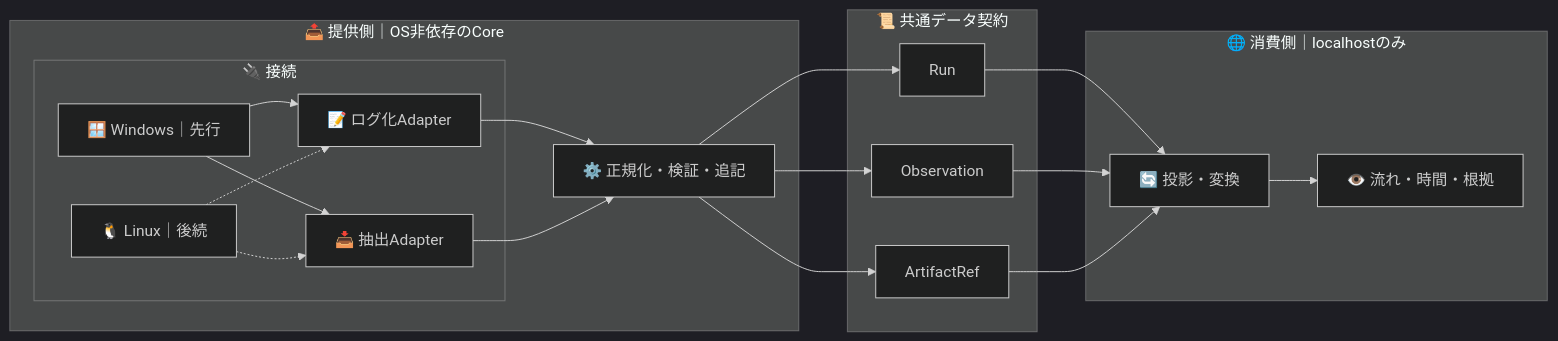
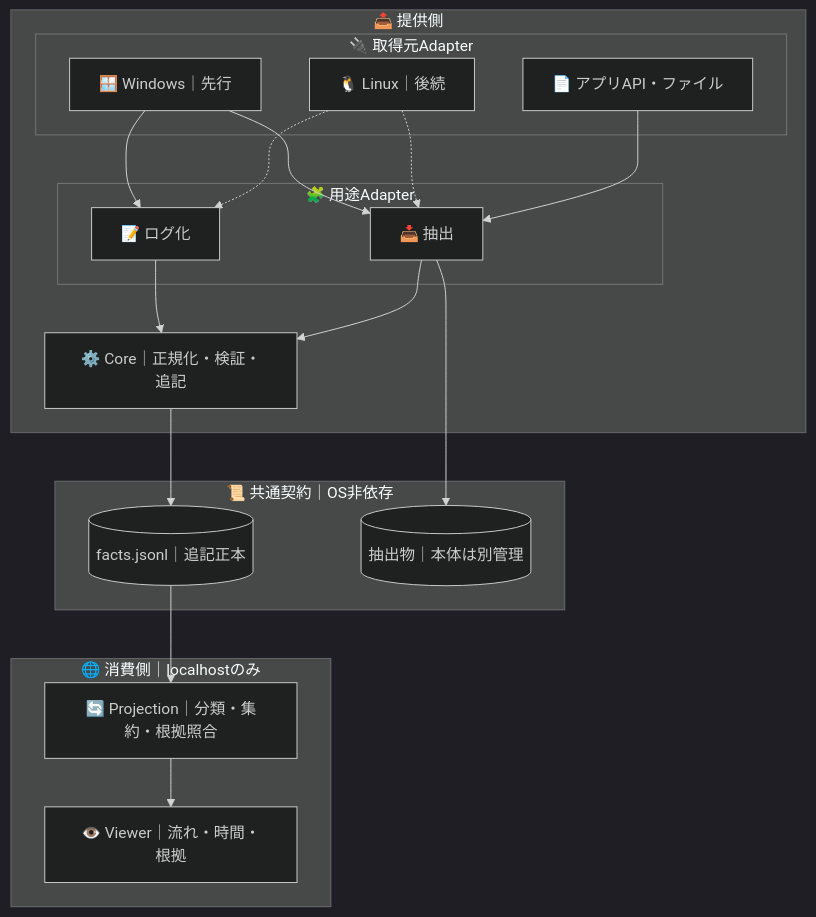
One commit to roccho-dev/visions changed the diagram in README.md. Above: the diagram before and after it, drawn with Mermaid (dark theme). The commit also changed other lines of this file, not shown here.

Commit message:
docs: minimize OS-independent facts and localhost projection

````diff
--- a/README.md
+++ b/README.md
@@ -15,27 +15,31 @@
 ```mermaid
-flowchart LR
-  subgraph PROVIDE["📤 提供側｜OS非依存のCore"]
-    subgraph PORT["🔌 接続"]
+flowchart TB
+  subgraph PROVIDER["📤 提供側"]
+    subgraph SOURCE["🔌 取得元Adapter"]
       WIN["🪟 Windows｜先行"]
       LIN["🐧 Linux｜後続"]
-      LOG["📝 ログ化Adapter"]
-      EXT["📥 抽出Adapter"]
+      FILE["📄 アプリAPI・ファイル"]
     end
-    CORE["⚙️ 正規化・検証・追記"]
+    subgraph MODE["🧩 用途Adapter"]
+      LOG["📝 ログ化"]
+      EXT["📥 抽出"]
+    end
+    CORE["⚙️ Core｜正規化・検証・追記"]
     WIN --> LOG & EXT
     LIN -.-> LOG & EXT
+    FILE --> EXT
     LOG & EXT --> CORE
   end
-  subgraph DATA["📜 共通データ契約"]
-    RUN["Run"]
-    EVT["Observation"]
-    ART["ArtifactRef"]
+  subgraph DATA["📜 共通契約｜OS非依存"]
+    FACT[("facts.jsonl｜追記正本")]
+    ART[("抽出物｜本体は別管理")]
   end
-  subgraph CONSUME["🌐 消費側｜localhostのみ"]
-    PROJ["🔄 投影・変換"]
-    VIEW["👁️ 流れ・時間・根拠"]
+  subgraph CONSUMER["🌐 消費側｜localhostのみ"]
+    PROJ["🔄 Projection｜分類・集約・根拠照合"]
+    VIEW["👁️ Viewer｜流れ・時間・根拠"]
     PROJ --> VIEW
   end
-  CORE --> RUN & EVT & ART
-  RUN & EVT & ART --> PROJ
+  CORE --> FACT
+  EXT --> ART
+  FACT --> PROJ
 ```
````
